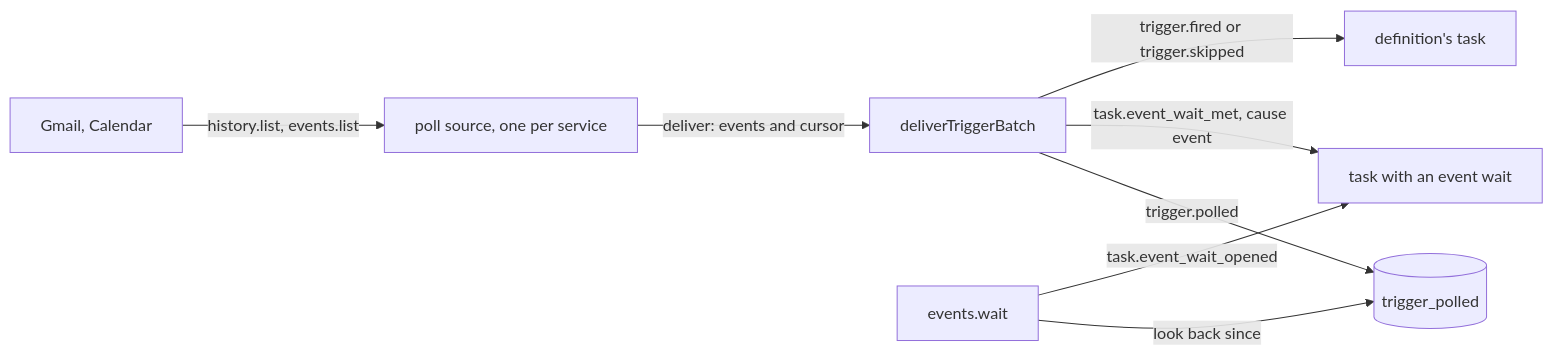
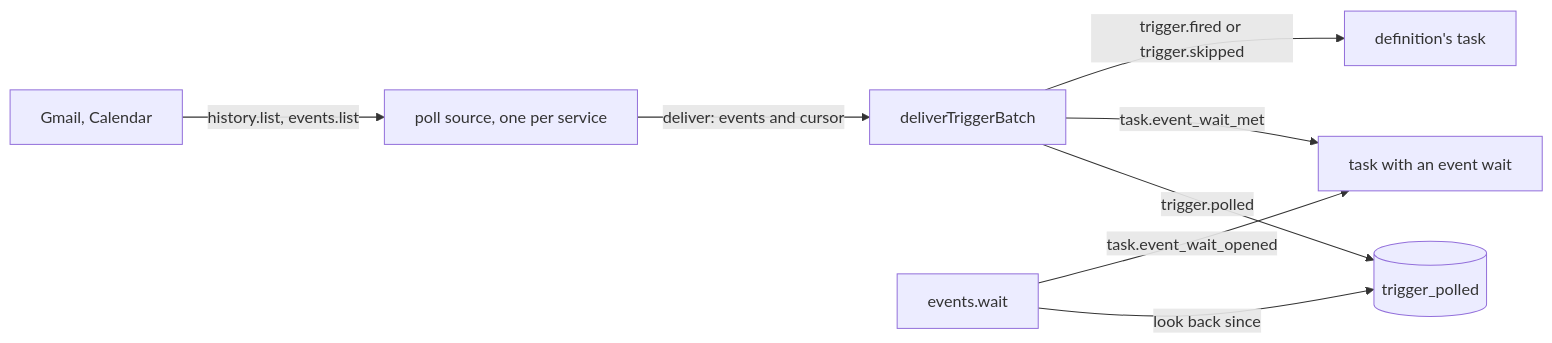
One commit to zgeoff/nixie changed the diagram in docs/design/queue/mail-and-calendar-polls.md. Above: the diagram before and after it, drawn with Mermaid. The commit also changed other lines of this file, not shown here.

````diff
--- a/docs/design/queue/mail-and-calendar-polls.md
+++ b/docs/design/queue/mail-and-calendar-polls.md
@@ -20,10 +34,10 @@
 ```mermaid
 flowchart LR
   google[Gmail, Calendar] -->|"history.list, events.list"| source[poll source, one per service]
   source -->|"deliver: events and cursor"| core[deliverTriggerBatch]
   core -->|"trigger.polled"| polled[(trigger_polled)]
-  core -->|"task.event_wait_met, cause event"| waiting[task with an event wait]
+  core -->|"task.event_wait_met"| waiting[task with an event wait]
   core -->|"trigger.fired or trigger.skipped"| defn[definition's task]
   tool[events.wait] -->|"look back since"| polled
   tool -->|"task.event_wait_opened"| waiting
 ```
````
